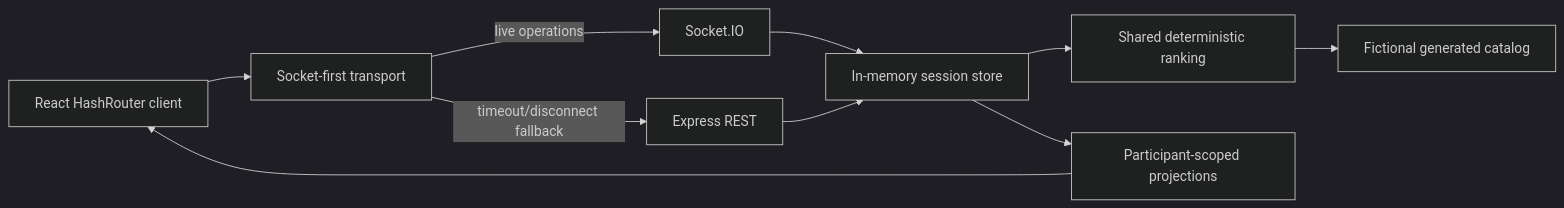
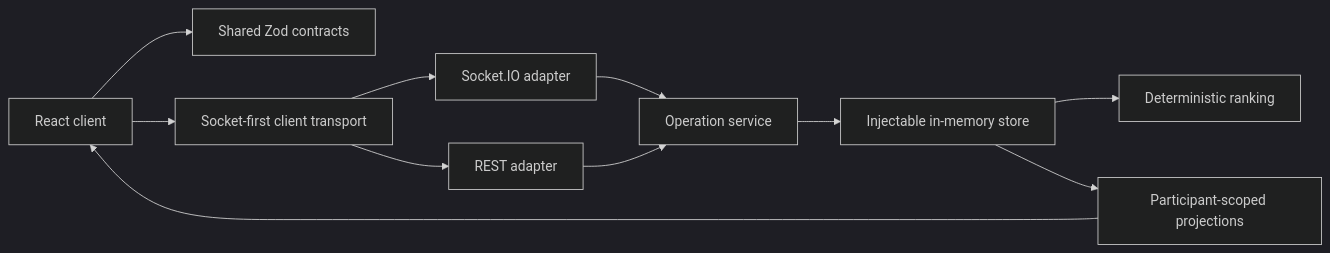
Before and after one commit to HaithamAlMaamari/tablevote: the diagram in README.md, drawn with Mermaid (dark theme). The commit also changed other lines of this file and 108 other files, not shown here.

First line of the commit message:
Harden architecture and evaluator experience (#11)

````diff
--- a/README.md
+++ b/README.md
@@ -66,12 +78,13 @@
 ```mermaid
 flowchart LR
-  Browser[React HashRouter client] --> Transport[Socket-first transport]
-  Transport -->|live operations| Socket[Socket.IO]
-  Transport -->|timeout/disconnect fallback| REST[Express REST]
-  Socket --> Store[In-memory session store]
-  REST --> Store
-  Store --> Ranking[Shared deterministic ranking]
-  Ranking --> Fixtures[Fictional generated catalog]
+  Client[React client] --> Contracts[Shared Zod contracts]
+  Client --> Transport[Socket-first client transport]
+  Transport --> Socket[Socket.IO adapter]
+  Transport --> REST[REST adapter]
+  Socket --> Ops[Operation service]
+  REST --> Ops
+  Ops --> Store[Injectable in-memory store]
+  Store --> Rank[Deterministic ranking]
   Store --> Projection[Participant-scoped projections]
-  Projection --> Browser
+  Projection --> Client
 ```
````
